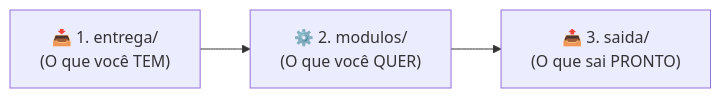
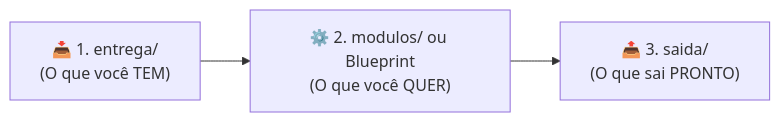
The diagram in documentacao/guias/GUIA_INICIAL_ENGENHEIRO.md (jef-prodeb01/NINHO.03), drawn with Mermaid before and after one commit. The commit also changed other lines of this file and 11 other files, not shown here.

````diff
--- a/documentacao/guias/GUIA_INICIAL_ENGENHEIRO.md
+++ b/documentacao/guias/GUIA_INICIAL_ENGENHEIRO.md
@@ -28,5 +36,5 @@
 ```mermaid
 flowchart LR
-    E["📥 1. entrega/<br/>(O que você TEM)"] --> M["⚙️ 2. modulos/<br/>(O que você QUER)"]
+    E["📥 1. entrega/<br/>(O que você TEM)"] --> M["⚙️ 2. modulos/ ou Blueprint<br/>(O que você QUER)"]
     M --> S["📤 3. saida/<br/>(O que sai PRONTO)"]
 ```
````
